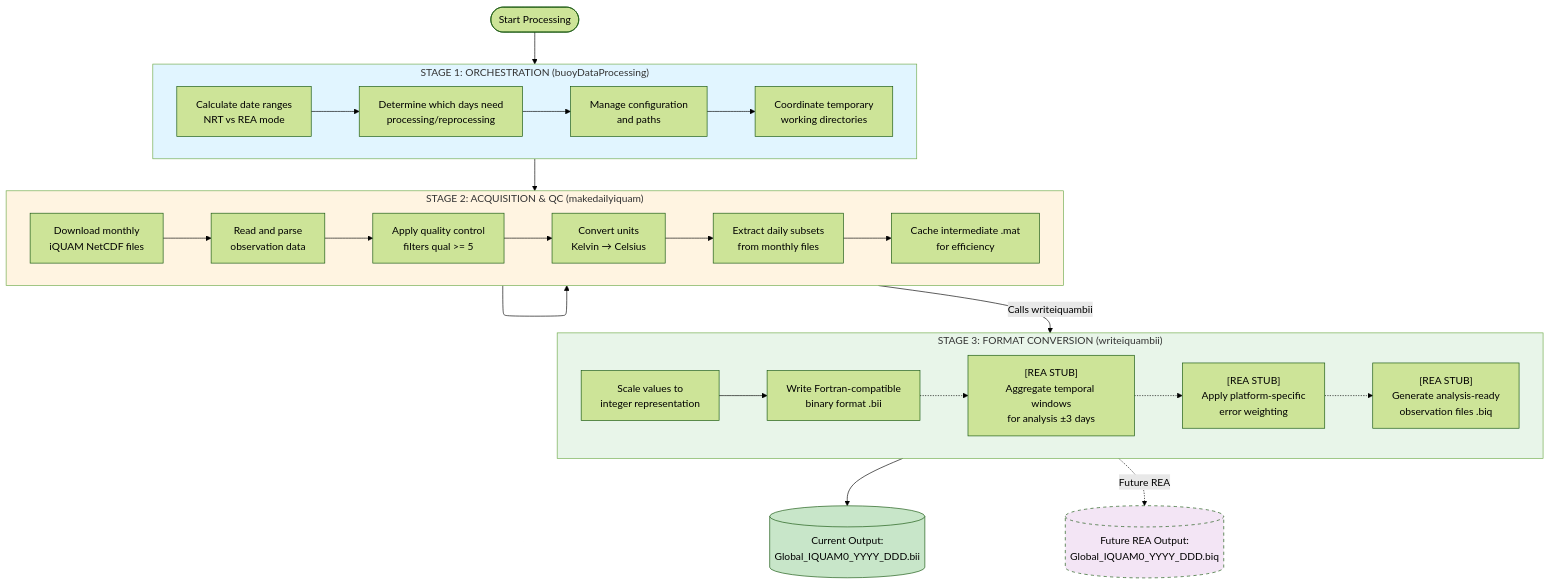
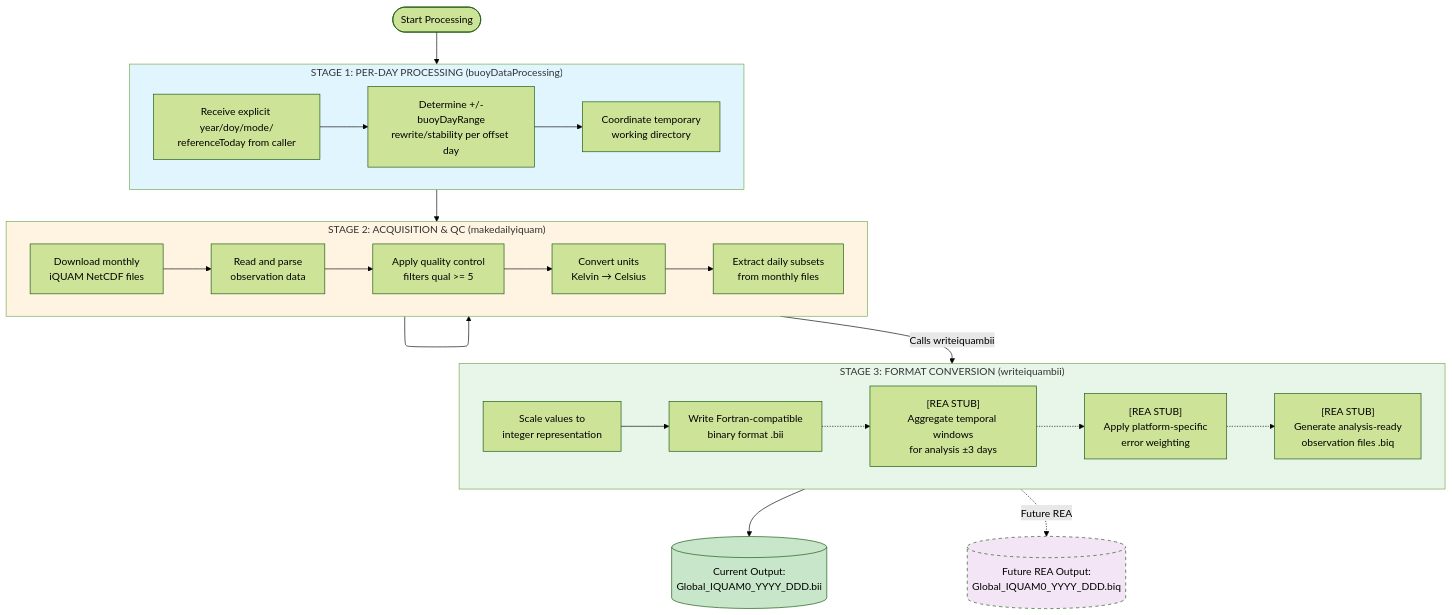
Before and after one commit to podaac/mur: the diagram in iquam/README.md, drawn with Mermaid (forest theme). The commit also changed other lines of this file and 39 other files, not shown here.

````diff
--- a/iquam/README.md
+++ b/iquam/README.md
@@ -115,48 +114,46 @@
 ```mermaid
 flowchart TD
     Start([Start Processing]) --> Stage1
 
-    subgraph Stage1["STAGE 1: ORCHESTRATION (buoyDataProcessing)"]
+    subgraph Stage1["STAGE 1: PER-DAY PROCESSING (buoyDataProcessing)"]
         direction LR
-        S1A[Calculate date ranges<br/>NRT vs REA mode]
-        S1B[Determine which days need<br/>processing/reprocessing]
-        S1C[Manage configuration<br/>and paths]
-        S1D[Coordinate temporary<br/>working directories]
+        S1A[Receive explicit year/doy/mode/<br/>referenceToday from caller]
+        S1B[Determine +/-buoyDayRange<br/>rewrite/stability per offset day]
+        S1C[Coordinate temporary<br/>working directory]
 
-        S1A --> S1B --> S1C --> S1D
+        S1A --> S1B --> S1C
     end
 
     subgraph Stage2["STAGE 2: ACQUISITION & QC (makedailyiquam)"]
         direction LR
         S2A[Download monthly<br/>iQUAM NetCDF files]
         S2B[Read and parse<br/>observation data]
         S2C[Apply quality control<br/>filters qual >= 5]
         S2D[Convert units<br/>Kelvin → Celsius]
         S2E[Extract daily subsets<br/>from monthly files]
-        S2F[Cache intermediate .mat<br/>for efficiency]
 
-        S2A --> S2B --> S2C --> S2D --> S2E --> S2F
+        S2A --> S2B --> S2C --> S2D --> S2E
     end
 
     subgraph Stage3["STAGE 3: FORMAT CONVERSION (writeiquambii)"]
         direction LR
         S3A[Scale values to<br/>integer representation]
         S3B[Write Fortran-compatible<br/>binary format .bii]
         S3C["[REA STUB]<br/>Aggregate temporal windows<br/>for analysis ±3 days"]
         S3D["[REA STUB]<br/>Apply platform-specific<br/>error weighting"]
         S3E["[REA STUB]<br/>Generate analysis-ready<br/>observation files .biq"]
 
         S3A --> S3B
         S3B -.-> S3C -.-> S3D -.-> S3E
     end
 
     Stage1 --> Stage2 --> Stage2 --> |Calls writeiquambii| Stage3
     Stage3 --> Output[(Current Output:<br/>Global_IQUAM0_YYYY_DDD.bii)]
     Stage3 -.-> |Future REA| Output2[("Future REA Output:<br/>Global_IQUAM0_YYYY_DDD.biq")]
 
     style Stage1 fill:#e1f5ff
     style Stage2 fill:#fff4e1
     style Stage3 fill:#e8f5e9
     style Output fill:#c8e6c9
     style Output2 fill:#f3e5f5,stroke-dasharray: 5 5
 ```
````
